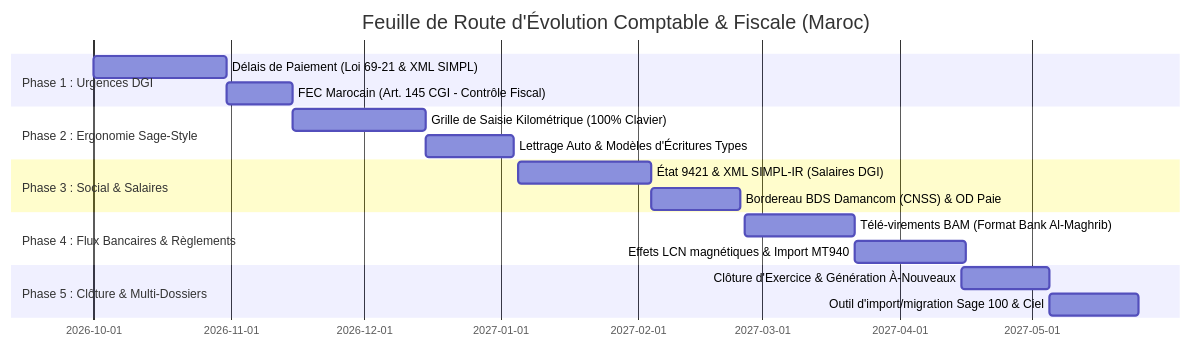
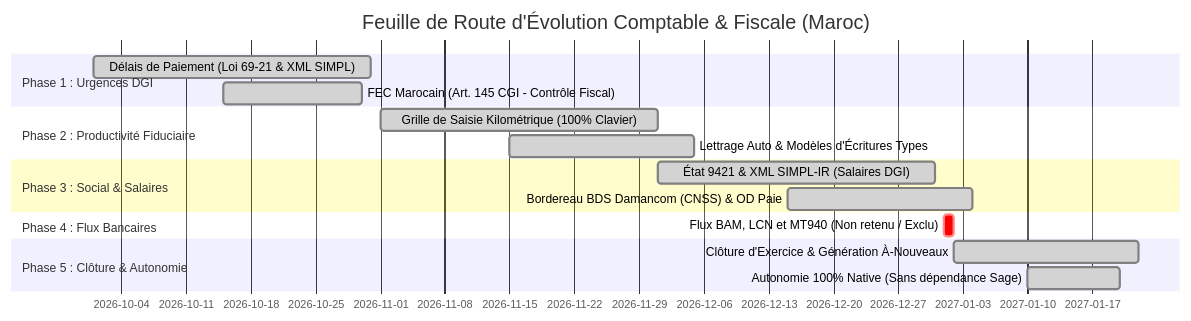
Before and after one commit to Adilerrai/stock-manager: the diagram in ROADMAP.md, drawn with Mermaid. The commit also changed other lines of this file and 25 other files, not shown here.

````diff
--- a/ROADMAP.md
+++ b/ROADMAP.md
@@ -35,20 +38,19 @@
 ```mermaid
 gantt
     title Feuille de Route d'Évolution Comptable & Fiscale (Maroc)
     dateFormat  YYYY-MM-DD
     section Phase 1 : Urgences DGI
-    Délais de Paiement (Loi 69-21 & XML SIMPL)     :p1_1, 2026-10-01, 30d
-    FEC Marocain (Art. 145 CGI - Contrôle Fiscal) :p1_2, after p1_1, 15d
-    section Phase 2 : Ergonomie Sage-Style
-    Grille de Saisie Kilométrique (100% Clavier)   :p2_1, 2026-11-15, 30d
-    Lettrage Auto & Modèles d'Écritures Types      :p2_2, after p2_1, 20d
+    Délais de Paiement (Loi 69-21 & XML SIMPL)     :done, p1_1, 2026-10-01, 30d
+    FEC Marocain (Art. 145 CGI - Contrôle Fiscal) :done, p1_2, 2026-10-15, 15d
+    section Phase 2 : Productivité Fiduciaire
+    Grille de Saisie Kilométrique (100% Clavier)   :done, p2_1, 2026-11-01, 30d
+    Lettrage Auto & Modèles d'Écritures Types      :done, p2_2, 2026-11-15, 20d
     section Phase 3 : Social & Salaires
-    État 9421 & XML SIMPL-IR (Salaires DGI)       :p3_1, 2027-01-05, 30d
-    Bordereau BDS Damancom (CNSS) & OD Paie        :p3_2, after p3_1, 20d
-    section Phase 4 : Flux Bancaires & Règlements
-    Télé-virements BAM (Format Bank Al-Maghrib)    :p4_1, 2027-02-25, 25d
-    Effets LCN magnétiques & Import MT940          :p4_2, after p4_1, 25d
-    section Phase 5 : Clôture & Multi-Dossiers
-    Clôture d'Exercice & Génération À-Nouveaux     :p5_1, 2027-04-15, 20d
-    Outil d'import/migration Sage 100 & Ciel       :p5_2, after p5_1, 20d
+    État 9421 & XML SIMPL-IR (Salaires DGI)       :done, p3_1, 2026-12-01, 30d
+    Bordereau BDS Damancom (CNSS) & OD Paie        :done, p3_2, 2026-12-15, 20d
+    section Phase 4 : Flux Bancaires
+    Flux BAM, LCN et MT940 (Non retenu / Exclu)   :crit, p4, 2027-01-01, 1d
+    section Phase 5 : Clôture & Autonomie
+    Clôture d'Exercice & Génération À-Nouveaux     :done, p5_1, 2027-01-02, 20d
+    Autonomie 100% Native (Sans dépendance Sage)  :done, p5_2, 2027-01-10, 10d
 ```
````
